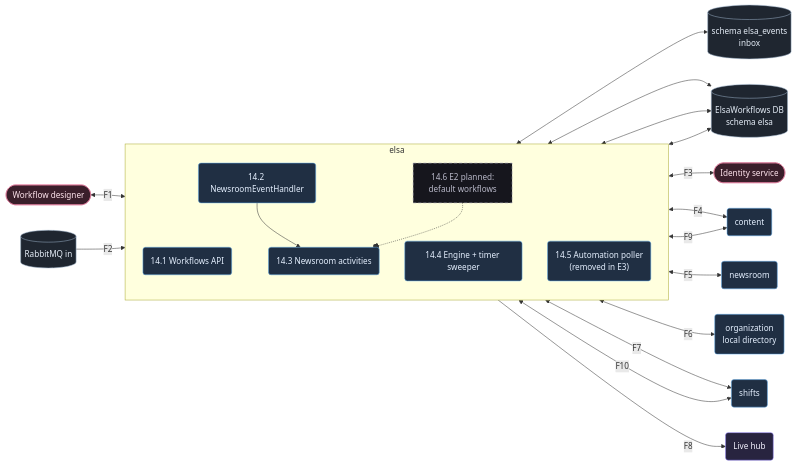
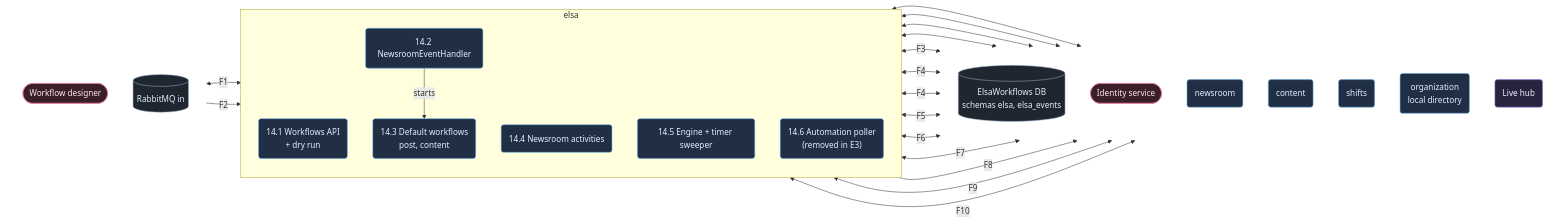
One commit to soft-square-net/ModularBlazor.Platform changed the diagram in docs/astro-modular-blazor-docs/curved-chasm/src/content/docs/architecture/dataflow/elsa.md. Above: the diagram before and after it, drawn with Mermaid. The commit also changed other lines of this file and 5 other files, not shown here.

First line of the commit message:
Bring the architecture pages up to NewsRoom N3 and Elsa E2

````diff
--- a/docs/astro-modular-blazor-docs/curved-chasm/src/content/docs/architecture/dataflow/elsa.md
+++ b/docs/astro-modular-blazor-docs/curved-chasm/src/content/docs/architecture/dataflow/elsa.md
@@ -16,45 +19,49 @@
 ```mermaid
 flowchart LR
-  Designer(["Workflow designer"]):::ext
-  MQ[("RabbitMQ in")]:::store
+  subgraph In[" "]
+    direction TB
+    Designer(["Workflow designer"]):::ext
+    MQ[("RabbitMQ in")]:::store
+  end
 
   subgraph Elsa["elsa"]
     direction TB
-    E1("14.1 Workflows API"):::custom
+    E1("14.1 Workflows API<br/>+ dry run"):::custom
     E2("14.2 NewsroomEventHandler"):::custom
-    E3("14.3 Newsroom activities"):::custom
-    E4("14.4 Engine + timer sweeper"):::custom
-    E5("14.5 Automation poller<br/>(removed in E3)"):::custom
-    E6["14.6 E2 planned:<br/>default workflows"]:::planned
+    E3("14.3 Default workflows<br/>post, content"):::custom
+    E4("14.4 Newsroom activities"):::custom
+    E5("14.5 Engine + timer sweeper"):::custom
+    E6("14.6 Automation poller<br/>(removed in E3)"):::custom
   end
 
-  EDb[("ElsaWorkflows DB<br/>schema elsa")]:::store
-  IDb[("schema elsa_events<br/>inbox")]:::store
-  IdP(["Identity service"]):::ext
-  CO("content"):::custom
-  NR("newsroom"):::custom
-  SH("shifts"):::custom
-  Org("organization<br/>local directory"):::custom
-  Live("Live hub"):::core
+  subgraph Out[" "]
+    direction TB
+    EDb[("ElsaWorkflows DB<br/>schemas elsa, elsa_events")]:::store
+    IdP(["Identity service"]):::ext
+    NR("newsroom"):::custom
+    CO("content"):::custom
+    SH("shifts"):::custom
+    Org("organization<br/>local directory"):::custom
+    Live("Live hub"):::core
+  end
 
   Designer <-->|F1| E1
   MQ -->|F2| E2
-  E2 <--> IDb
-  E2 --> E3
-  E1 & E3 & E4 <--> EDb
-  E3 <-->|F3| IdP
-  E3 <-->|F4| CO
-  E3 <-->|F5| NR
-  E3 <-->|F6| Org
-  E3 <-->|F7| SH
-  E3 -->|F8| Live
-  E5 <-->|F9| CO
-  E5 <-->|F10| SH
-  E6 -.-o E3
+  E1 & E2 & E3 & E5 <--> EDb
+  E4 <-->|F3| IdP
+  E2 & E4 <-->|F4| NR
+  E2 -->|starts| E3
+  E4 <-->|F5| CO
+  E4 <-->|F6| SH
+  E4 <-->|F7| Org
+  E4 -->|F8| Live
+  E6 <-->|F9| CO
+  E6 <-->|F10| SH
 
   classDef core fill:#28243f,stroke:#8b7cf6,color:#f4f2ff
   classDef custom fill:#202f43,stroke:#5da9e9,color:#e5f0ff
   classDef ext fill:#3a1f2b,stroke:#e07a9a,color:#ffe5ee
   classDef store fill:#1f2630,stroke:#9ab0c8,color:#e6eef8
-  classDef planned fill:#16161d,stroke:#9a9bb3,stroke-dasharray:6 4,color:#b8b8c8
+  style In fill:none,stroke:none
+  style Out fill:none,stroke:none
 ```
````
